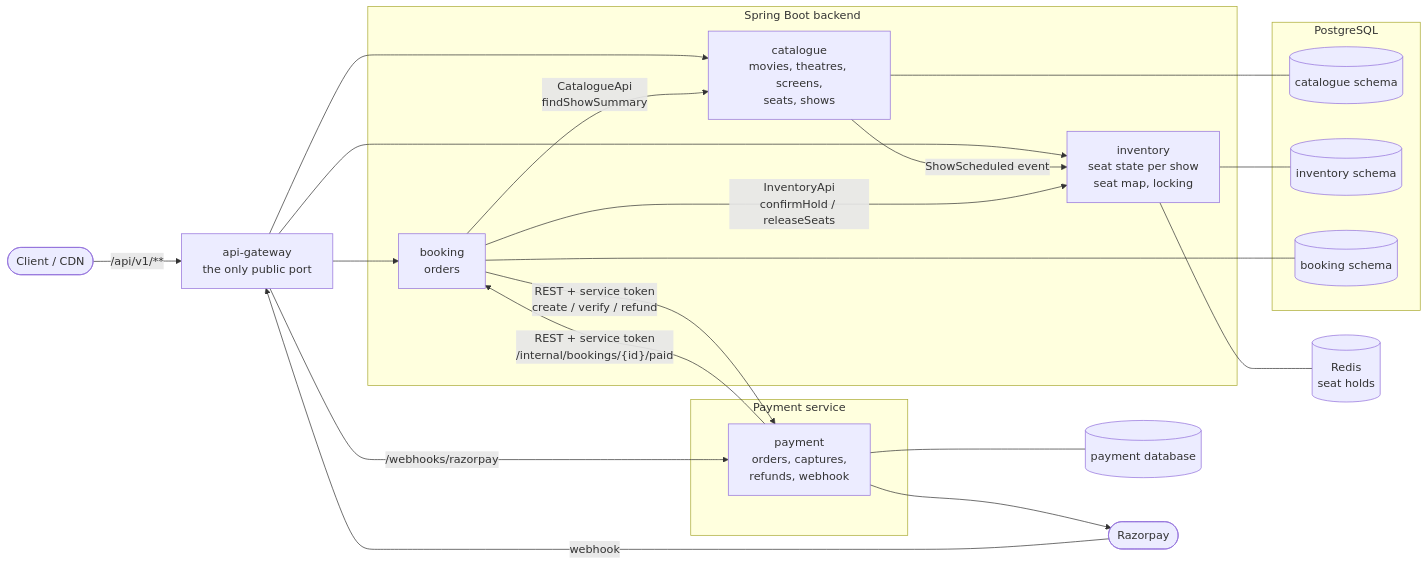
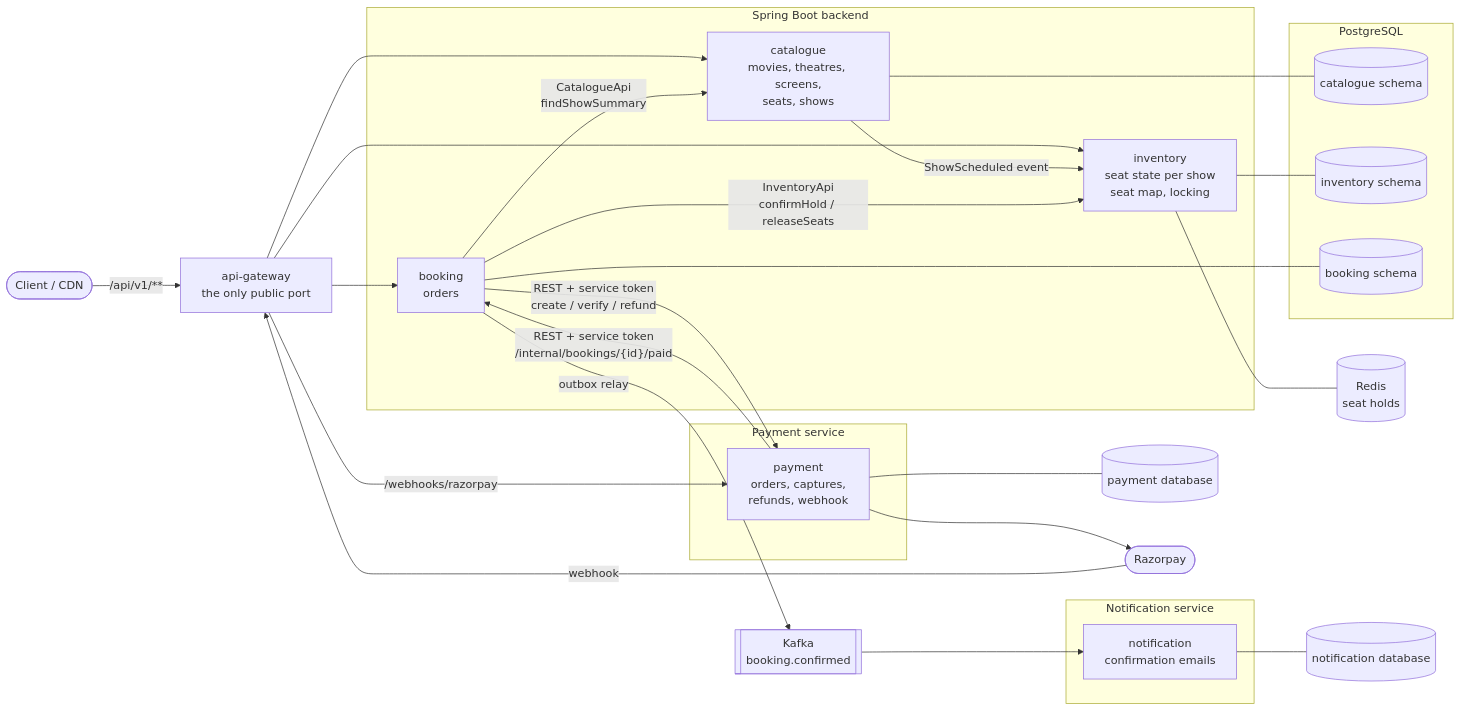
The first of 4 diagrams in README.md (GopiSVDev/seat-lock), drawn with Mermaid before and after one commit. The commit also changed other lines of this file and 26 other files, not shown here.

````diff
--- a/README.md
+++ b/README.md
@@ -155,41 +155,50 @@
 ```mermaid
 flowchart LR
     client([Client / CDN])
     gateway[api-gateway<br/>the only public port]
 
     subgraph app[Spring Boot backend]
         catalogue[catalogue<br/>movies, theatres, screens,<br/>seats, shows]
         inventory[inventory<br/>seat state per show<br/>seat map, locking]
         booking[booking<br/>orders]
     end
 
     subgraph db[PostgreSQL]
         s1[(catalogue schema)]
         s2[(inventory schema)]
         s3[(booking schema)]
     end
 
     redis[(Redis<br/>seat holds)]
 
     subgraph pay[Payment service]
         payment[payment<br/>orders, captures,<br/>refunds, webhook]
     end
     paydb[(payment database)]
     razorpay([Razorpay])
 
+    kafka[[Kafka<br/>booking.confirmed]]
+    subgraph notif[Notification service]
+        notification[notification<br/>confirmation emails]
+    end
+    notifdb[(notification database)]
+
     client -- "/api/v1/**" --> gateway
     gateway --> catalogue & inventory & booking
     booking -- "REST + service token<br/>create / verify / refund" --> payment
     payment -- "REST + service token<br/>/internal/bookings/{id}/paid" --> booking
     payment --> razorpay
     razorpay -- "webhook" --> gateway
     gateway -- "/webhooks/razorpay" --> payment
     payment --- paydb
     catalogue -- "ShowScheduled event" --> inventory
     booking -- "InventoryApi<br/>confirmHold / releaseSeats" --> inventory
     booking -- "CatalogueApi<br/>findShowSummary" --> catalogue
     catalogue --- s1
     inventory --- s2
     inventory --- redis
     booking --- s3
+    booking -- "outbox relay" --> kafka
+    kafka --> notification
+    notification --- notifdb
 ```
````
